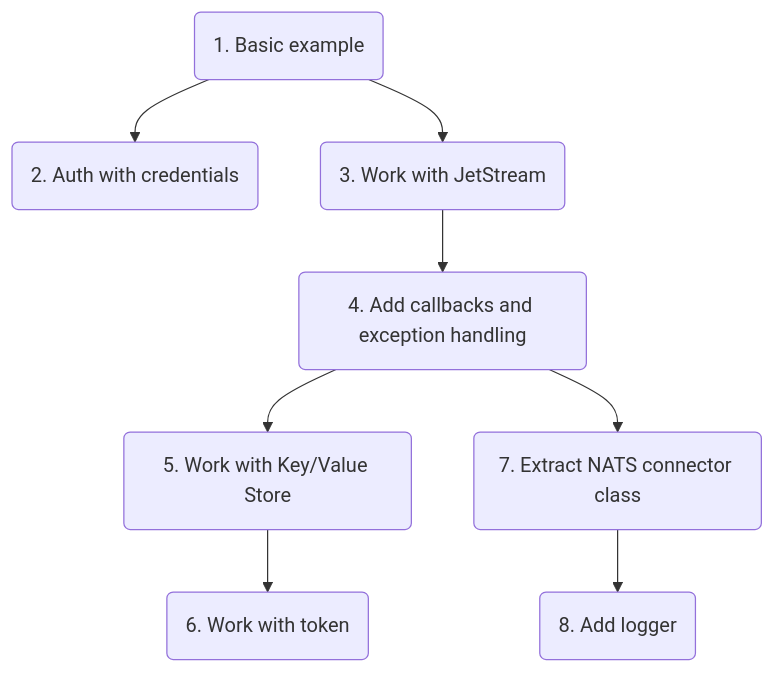
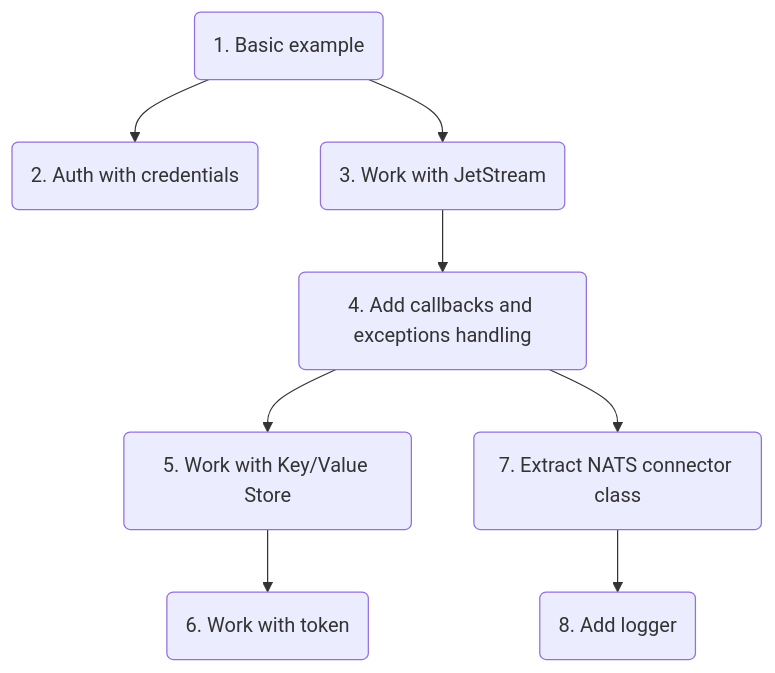
The diagram in README.md (amaargiru/nats-io-examples), drawn with Mermaid before and after one commit. The commit also changed 18 other files, not shown here.

````diff
--- a/README.md
+++ b/README.md
@@ -23,10 +23,10 @@
 ```mermaid
   graph TD;
       A(1. Basic example)-->B(2. Auth with credentials);
       A-->C(3. Work with JetStream);
-      C-->D(4. Add callbacks and exception handling);
+      C-->D(4. Add callbacks and exceptions handling);
       D-->E(5. Work with Key/Value Store);
       E-->F(6. Work with token)
       D-->G(7. Extract NATS connector class)
       G-->H(8. Add logger)
 ```
````
